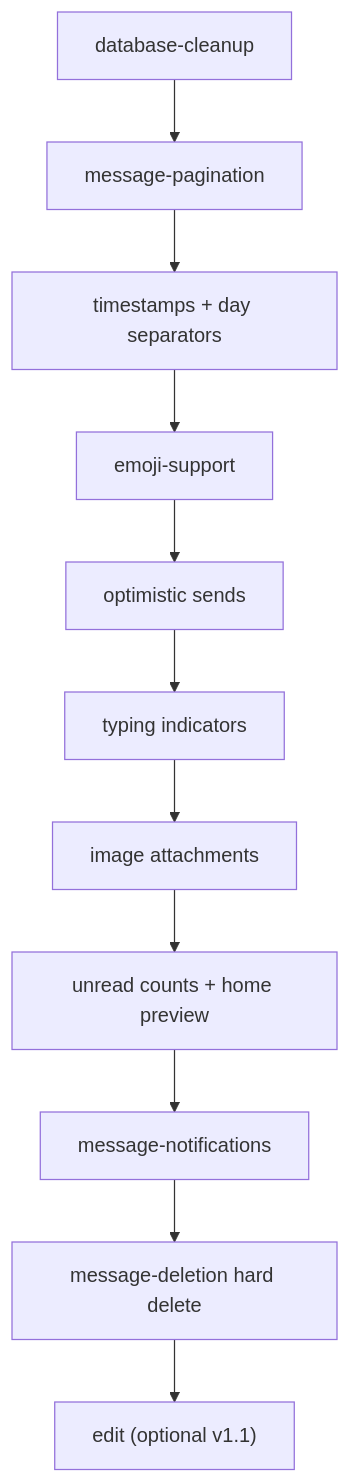
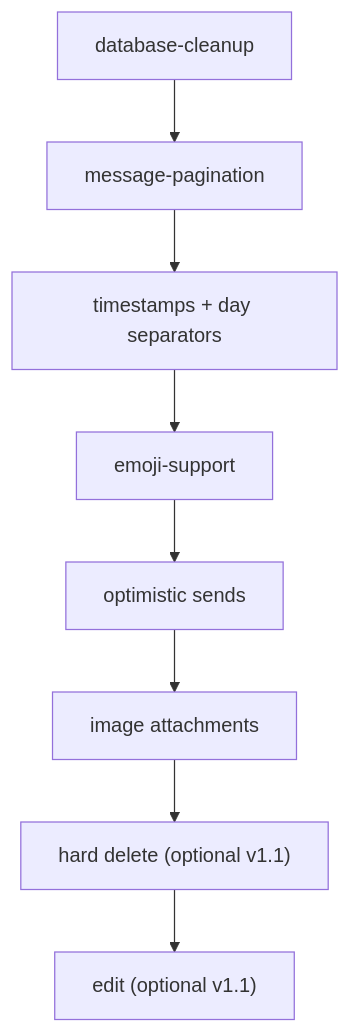
Before and after one commit to mustafafoisol/CallingApp: the diagram in architecture/plans/phase1/README.md, drawn with Mermaid. The commit also changed other lines of this file and 21 other files, not shown here.

First line of the commit message:
docs(plans): defer typing and unread to Phase 3

````diff
--- a/architecture/plans/phase1/README.md
+++ b/architecture/plans/phase1/README.md
@@ -21,13 +27,10 @@
 ```mermaid
 flowchart TD
   A[database-cleanup] --> B[message-pagination]
   B --> C[timestamps + day separators]
   C --> D[emoji-support]
   D --> E[optimistic sends]
-  E --> F[typing indicators]
-  F --> G[image attachments]
-  G --> H[unread counts + home preview]
-  H --> I[message-notifications]
-  I --> J[message-deletion hard delete]
-  J --> K["edit (optional v1.1)"]
+  E --> F[image attachments]
+  F --> G["hard delete (optional v1.1)"]
+  G --> H["edit (optional v1.1)"]
 ```
````
